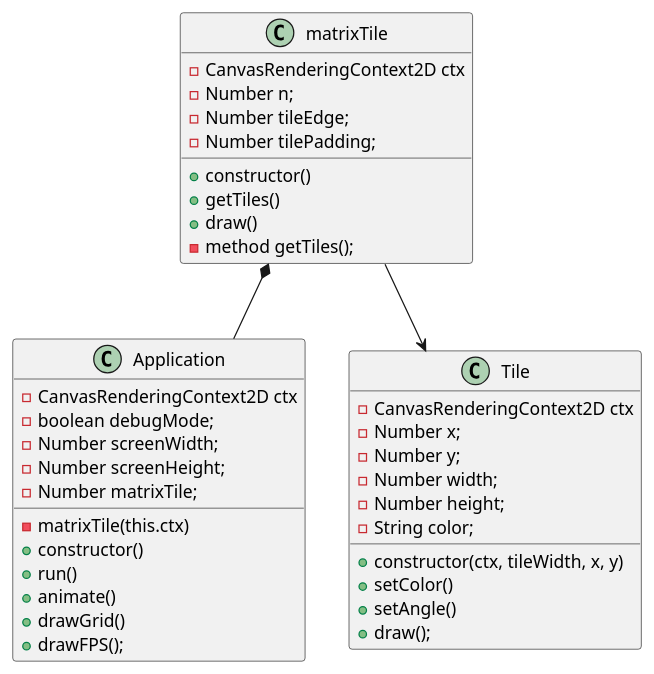
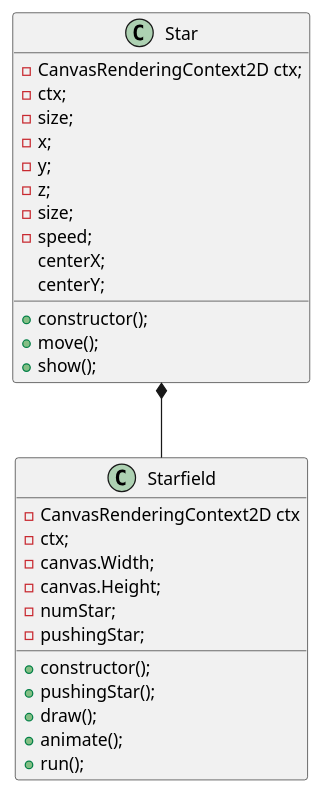
One commit to ScumEater/JS_Labs changed the diagram in digram/class_digram.puml. Above: the diagram before and after it, drawn with PlantUML. The commit also changed 2 other files, not shown here.

Commit message:
update starfield

```diff
--- a/digram/class_digram.puml
+++ b/digram/class_digram.puml
@@ -1,45 +1,35 @@
 @startuml
 
-class Application {
+class Starfield {
    -CanvasRenderingContext2D ctx
-   -matrixTile(this.ctx)
-   +constructor()
-   +run()
-   +animate()
-   +drawGrid()
-   +drawFPS();
-   -boolean debugMode;
-   -Number screenWidth;
-   -Number screenHeight;
-   -Number matrixTile;
+   +constructor();
+   +pushingStar();
+   +draw();
+   +animate();
+   +run();
+   -ctx;
+   -canvas.Width;
+   -canvas.Height;
+   -numStar;
+   -pushingStar;
 }
 
-class matrixTile
-{
-    +constructor()
-    +getTiles()
-    +draw()
-    -CanvasRenderingContext2D ctx
-    -Number n;
-    -Number tileEdge;
-    -Number tilePadding;
-    -method getTiles();
+class Star {
+    +constructor();
+    +move();
+    +show();
+    -CanvasRenderingContext2D ctx;
+    -ctx;
+    -size;
+    -x;
+    -y;
+    -z;
+    -size;
+    -speed;
+    centerX;
+    centerY;
 }
 
-class Tile {
-    +constructor(ctx, tileWidth, x, y)
-    +setColor()
-    +setAngle()
-    +draw();
-    -CanvasRenderingContext2D ctx
-    -Number x;
-    -Number y;
-    -Number width;
-    -Number height;
-    -String color;
-}
-
-matrixTile *-- Application
-matrixTile --> Tile
+Star *-- Starfield
 
 @enduml
```
